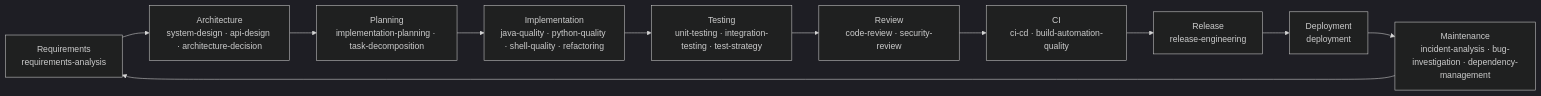
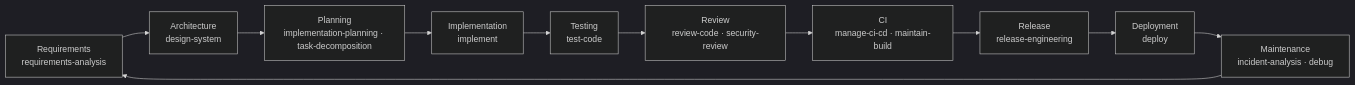
Before and after one commit to ih0r-d/engineering-agent-skills: the first of 2 diagrams in README.md, drawn with Mermaid (dark theme). The commit also changed other lines of this file and 147 other files, not shown here.

````diff
--- a/README.md
+++ b/README.md
@@ -206,13 +197,13 @@
 ```mermaid
 flowchart LR
-    R["Requirements<br/>requirements-analysis"] --> A["Architecture<br/>system-design · api-design · architecture-decision"]
+    R["Requirements<br/>requirements-analysis"] --> A["Architecture<br/>design-system"]
     A --> P["Planning<br/>implementation-planning · task-decomposition"]
-    P --> I["Implementation<br/>java-quality · python-quality · shell-quality · refactoring"]
-    I --> T["Testing<br/>unit-testing · integration-testing · test-strategy"]
-    T --> C["Review<br/>code-review · security-review"]
-    C --> CI["CI<br/>ci-cd · build-automation-quality"]
+    P --> I["Implementation<br/>implement"]
+    I --> T["Testing<br/>test-code"]
+    T --> C["Review<br/>review-code · security-review"]
+    C --> CI["CI<br/>manage-ci-cd · maintain-build"]
     CI --> Rel["Release<br/>release-engineering"]
-    Rel --> D["Deployment<br/>deployment"]
-    D --> M["Maintenance<br/>incident-analysis · bug-investigation · dependency-management"]
+    Rel --> D["Deployment<br/>deploy"]
+    D --> M["Maintenance<br/>incident-analysis · debug"]
     M --> R
 ```
````
